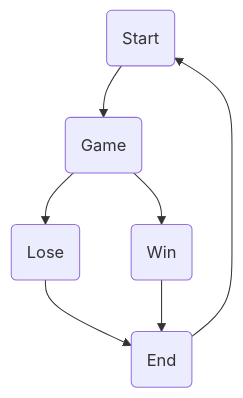
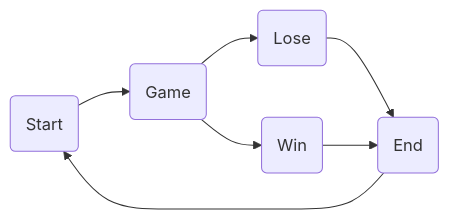
The diagram in state_controlled_ui-text.md (kdoore/CS2335-Gitbook), drawn with Mermaid before and after one commit.

````diff
--- a/state_controlled_ui-text.md
+++ b/state_controlled_ui-text.md
@@ -5,9 +5,9 @@
 ```mermaid
-graph TD;
+graph LR;
   A(Start)-->B(Game);
   B(Game)-->C(Win);
   B(Game)-->D(Lose);
   D(Lose)-->E(End);
   C(Win)-->E(End);
   E(End) -->A(Start);
 ```
````
